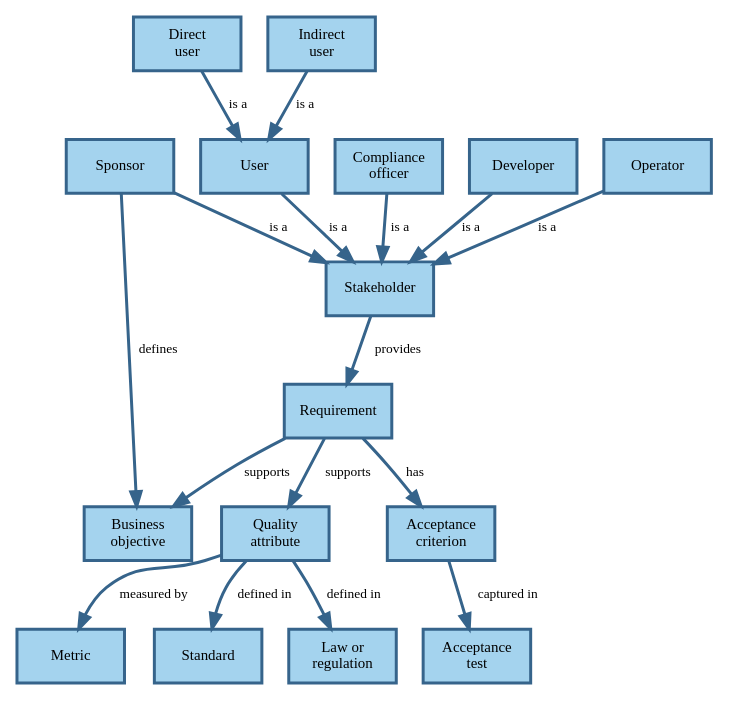
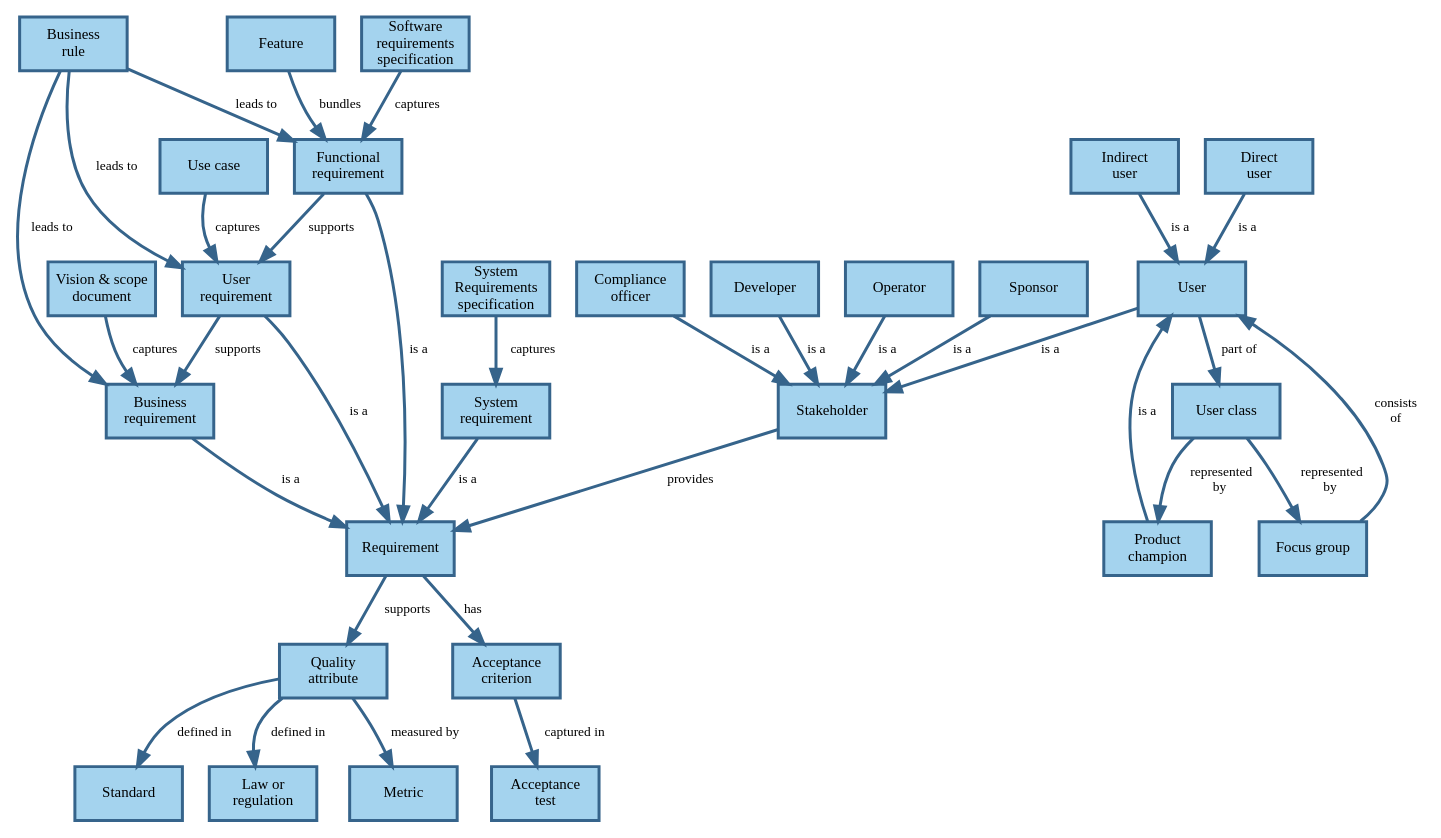
One commit to setms/book changed the diagram in docs/requirements/concepts.md. Above: the diagram before and after it, drawn with Graphviz. The commit also changed 1 other file, not shown here.

Commit message:
doc: Add to requirements digest

````diff
--- a/docs/requirements/concepts.md
+++ b/docs/requirements/concepts.md
@@ -3,35 +3,67 @@
 ```dot process
 digraph requirements_concept_map {
   node [shape=rect, style="filled", fixedsize=true, width=1, height=0.5, fillcolor=lightskyblue2,
     color=steelblue4, penwidth=2, fontsize=10];
   edge [fontsize=9, color=steelblue4, penwidth=2];
 
   Sponsor;
   DU [label="Direct\nuser"];
   IU [label="Indirect\nuser"];
   User;
   Compliance [label="Compliance\nofficer"];
   Illity [label="Quality\nattribute"];
-  BO [label="Business\nobjective"];
 
-  Sponsor -> Stakeholder [label="is a"];
-  Sponsor -> BO [label=" defines"];
-  DU -> User [label="is a"];
-  IU -> User [label="is a"];
-  User -> Stakeholder [label="is a"];
-  Compliance -> Stakeholder [label=" is a"];
-  Developer -> Stakeholder [label="is a"];
-  Operator -> Stakeholder [label="is a"];
+  Sponsor -> Stakeholder [label="  is a"];
+  DU -> User [label="  is a"];
+  IU -> User [label="  is a"];
+  User -> Stakeholder [label="  is a"];
+  User -> Class [label="  part of"];
+  Class [label="User class"];
+  Class -> Champion [label="  represented\nby"];
+  Champion [label="Product\nchampion"];
+  Champion -> User [label="is a"];
+  Class -> Focus [label="  represented\nby"];
+  Focus [label="Focus group"];
+  Focus -> User [label="consists\nof"];
+  Compliance -> Stakeholder [label="  is a"];
+  Developer -> Stakeholder [label=" is a"];
+  Operator -> Stakeholder [label="  is a"];
   Stakeholder -> Requirement [label="  provides"];
   Requirement -> Illity [label="  supports"];
-  Requirement -> BO [label="supports"];
   Illity -> Metric [label="measured by    "];
   Illity -> Standard [label=" defined in  "];
-  Illity -> Law [label="defined in"];
+  Illity -> Law [label="defined in        "];
   Law [label="Law or\nregulation"];
   Requirement -> AC [label=" has"];
   AC [label="Acceptance\ncriterion"];
   AC -> AT [label="  captured in"];
   AT [label="Acceptance\ntest"];
+
+  BR [label="Business\nrequirement"];
+  BR -> Requirement [label=" is a"];
+  Vision -> BR [label="  captures"];
+  Vision [label="Vision & scope\ndocument"];
+  UR [label="User\nrequirement"];
+  UR -> Requirement [label="is a"];
+  UR -> BR [label=" supports   "];
+  UC -> UR [label=" captures"];
+  UC [label="Use case"];
+  FR [label="Functional\nrequirement"];
+  FR -> Requirement [label="  is a"];
+  FR -> UR [label=" supports  "];
+  SRS -> FR [label="captures  "];
+  SRS [label="Software\nrequirements\nspecification"];
+
+  System -> Requirement [label="is a"];
+  System [label="System\nrequirement"];
+  SyRS -> System[label="  captures"];
+  SyRS [label="System\nRequirements\nspecification"];
+
+  Rule [label="Business\nrule"];
+  Rule -> BR [label="  leads to"];
+  Rule -> UR [label=" leads to"];
+  Rule -> FR [label="leads to"];
+
+  Feature -> FR [label="  bundles"];
 }
 ```
````
